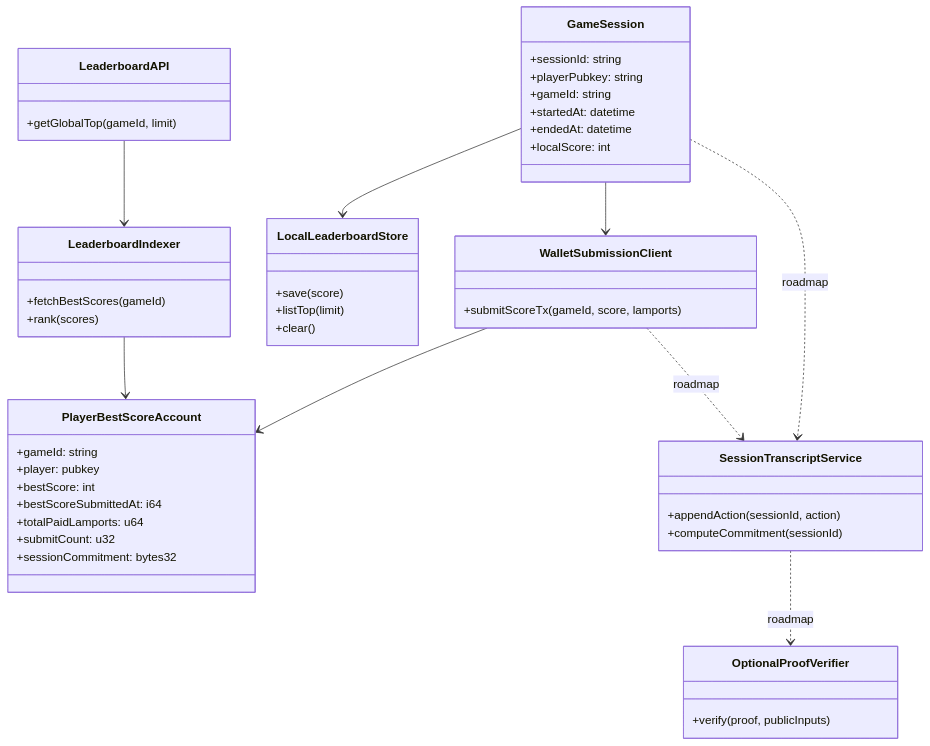
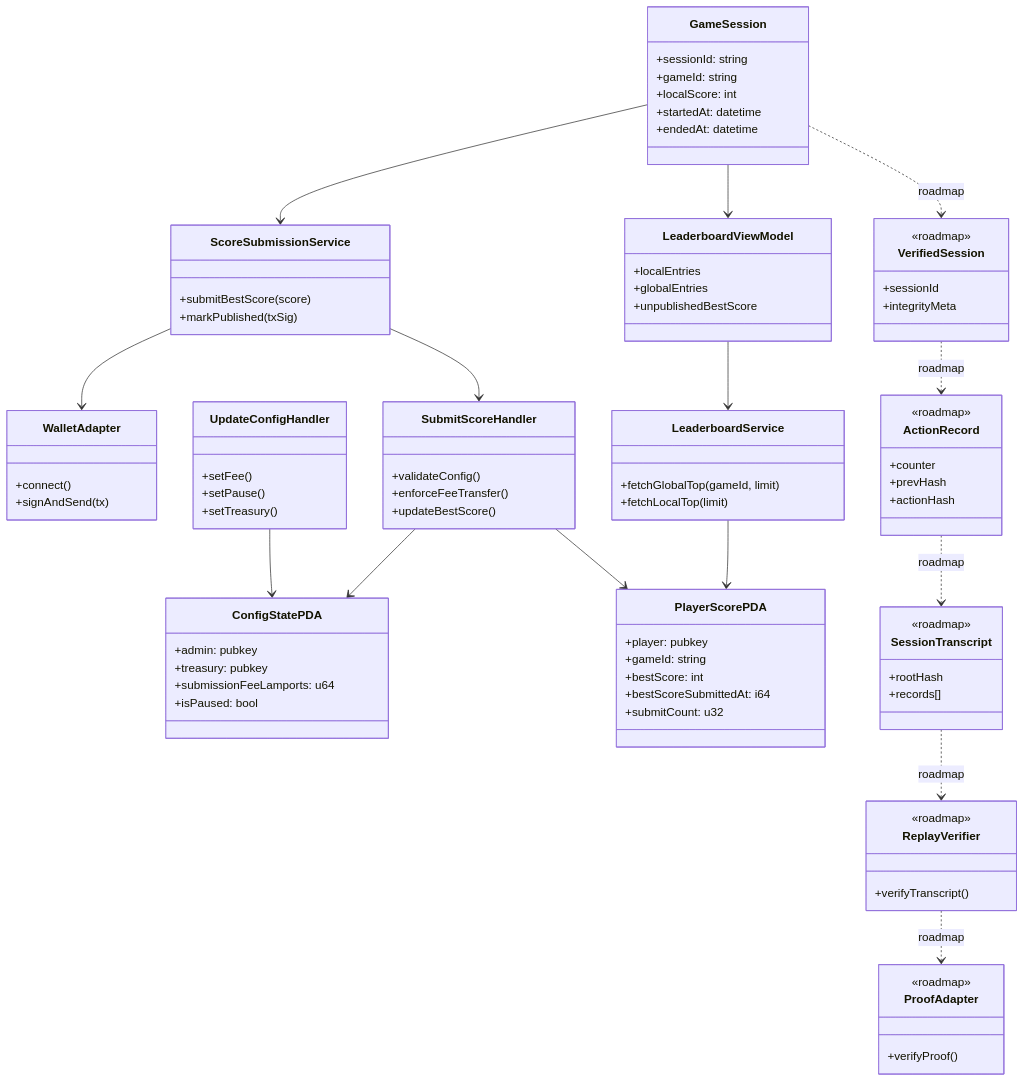
The diagram in docs/diagrams/class-diagram.md (watsoncsulahack/solana-private-microprompt), drawn with Mermaid before and after one commit. The commit also changed other lines of this file and 19 other files, not shown here.

Commit message:
docs: expand MVP clarifications, architecture rationale, trust model, and diagram set

````diff
--- a/docs/diagrams/class-diagram.md
+++ b/docs/diagrams/class-diagram.md
@@ -4,58 +4,99 @@
 classDiagram
   class GameSession {
     +sessionId: string
-    +playerPubkey: string
     +gameId: string
+    +localScore: int
     +startedAt: datetime
     +endedAt: datetime
-    +localScore: int
   }
 
-  class LocalLeaderboardStore {
-    +save(score)
-    +listTop(limit)
-    +clear()
+  class WalletAdapter {
+    +connect()
+    +signAndSend(tx)
   }
 
-  class WalletSubmissionClient {
-    +submitScoreTx(gameId, score, lamports)
+  class ScoreSubmissionService {
+    +submitBestScore(score)
+    +markPublished(txSig)
   }
 
-  class PlayerBestScoreAccount {
+  class LeaderboardService {
+    +fetchGlobalTop(gameId, limit)
+    +fetchLocalTop(limit)
+  }
+
+  class LeaderboardViewModel {
+    +localEntries
+    +globalEntries
+    +unpublishedBestScore
+  }
+
+  class ConfigStatePDA {
+    +admin: pubkey
+    +treasury: pubkey
+    +submissionFeeLamports: u64
+    +isPaused: bool
+  }
+
+  class PlayerScorePDA {
+    +player: pubkey
     +gameId: string
-    +player: pubkey
     +bestScore: int
     +bestScoreSubmittedAt: i64
-    +totalPaidLamports: u64
     +submitCount: u32
-    +sessionCommitment: bytes32
   }
 
-  class LeaderboardIndexer {
-    +fetchBestScores(gameId)
-    +rank(scores)
+  class SubmitScoreHandler {
+    +validateConfig()
+    +enforceFeeTransfer()
+    +updateBestScore()
   }
 
-  class LeaderboardAPI {
-    +getGlobalTop(gameId, limit)
+  class UpdateConfigHandler {
+    +setFee()
+    +setPause()
+    +setTreasury()
   }
 
-  class SessionTranscriptService {
-    +appendAction(sessionId, action)
-    +computeCommitment(sessionId)
+  %% Roadmap-only conceptual classes
+  class VerifiedSession {
+    <<roadmap>>
+    +sessionId
+    +integrityMeta
+  }
+  class ActionRecord {
+    <<roadmap>>
+    +counter
+    +prevHash
+    +actionHash
+  }
+  class SessionTranscript {
+    <<roadmap>>
+    +rootHash
+    +records[]
+  }
+  class ReplayVerifier {
+    <<roadmap>>
+    +verifyTranscript()
+  }
+  class ProofAdapter {
+    <<roadmap>>
+    +verifyProof()
   }
 
-  class OptionalProofVerifier {
-    +verify(proof, publicInputs)
-  }
+  GameSession --> ScoreSubmissionService
+  GameSession --> LeaderboardViewModel
+  ScoreSubmissionService --> WalletAdapter
+  ScoreSubmissionService --> SubmitScoreHandler
+  LeaderboardService --> PlayerScorePDA
+  LeaderboardViewModel --> LeaderboardService
+  SubmitScoreHandler --> ConfigStatePDA
+  SubmitScoreHandler --> PlayerScorePDA
+  UpdateConfigHandler --> ConfigStatePDA
 
-  GameSession --> LocalLeaderboardStore
-  GameSession --> WalletSubmissionClient
-  WalletSubmissionClient --> PlayerBestScoreAccount
-  LeaderboardIndexer --> PlayerBestScoreAccount
-  LeaderboardAPI --> LeaderboardIndexer
-
-  GameSession ..> SessionTranscriptService : roadmap
-  WalletSubmissionClient ..> SessionTranscriptService : roadmap
-  SessionTranscriptService ..> OptionalProofVerifier : roadmap
+  GameSession ..> VerifiedSession : roadmap
+  VerifiedSession ..> ActionRecord : roadmap
+  ActionRecord ..> SessionTranscript : roadmap
+  SessionTranscript ..> ReplayVerifier : roadmap
+  ReplayVerifier ..> ProofAdapter : roadmap
 ```
````
